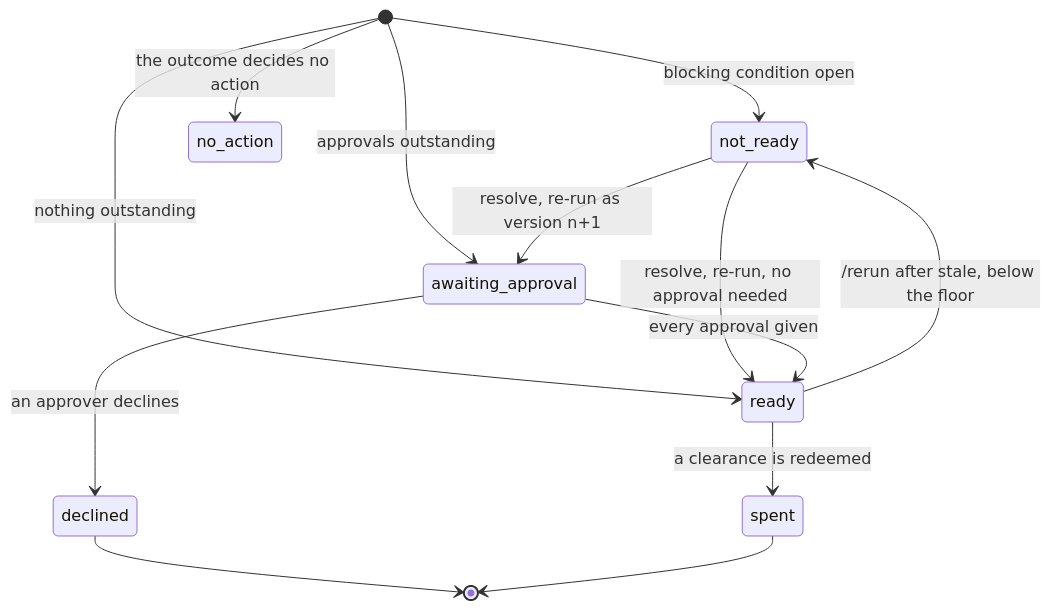
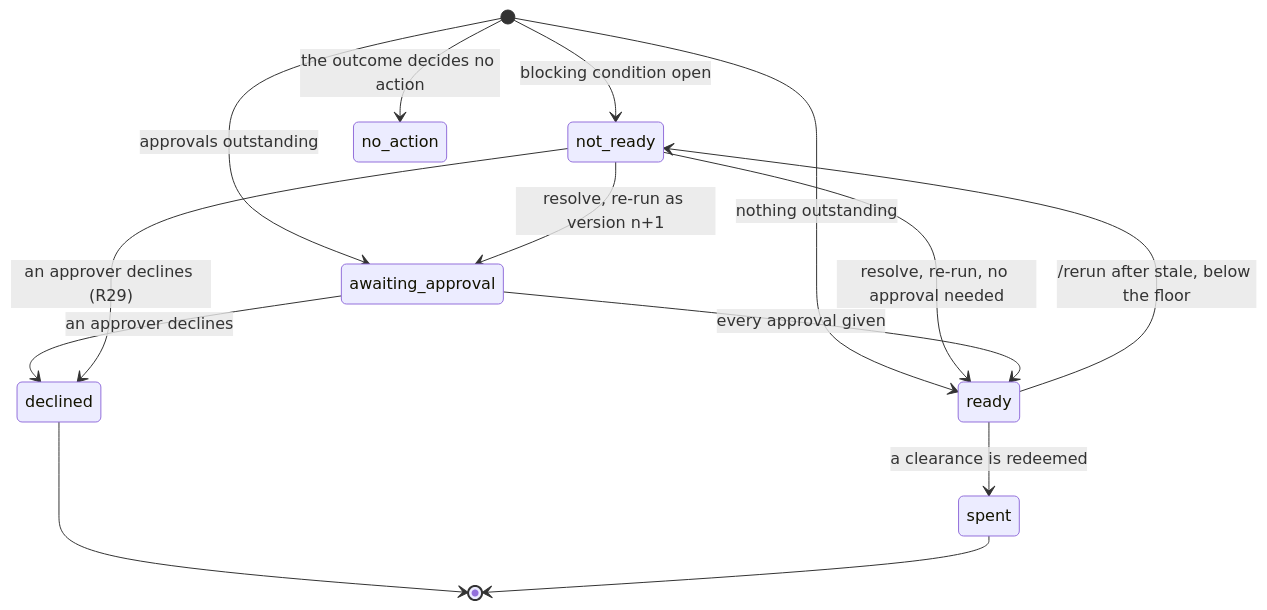
The third of 10 diagrams in docs/superpowers/specs/2026-10-10-owm-service-design.md (kloudtaxi/shiny-waffle), drawn with Mermaid before and after one commit. The commit also changed other lines of this file, not shown here.

````diff
--- a/docs/superpowers/specs/2026-10-10-owm-service-design.md
+++ b/docs/superpowers/specs/2026-10-10-owm-service-design.md
@@ -241,15 +257,16 @@
 ```mermaid
 stateDiagram-v2
   [*] --> not_ready: blocking condition open
   [*] --> awaiting_approval: approvals outstanding
   [*] --> ready: nothing outstanding
   [*] --> no_action: the outcome decides no action
   not_ready --> awaiting_approval: resolve, re-run as version n+1
   not_ready --> ready: resolve, re-run, no approval needed
   awaiting_approval --> ready: every approval given
   awaiting_approval --> declined: an approver declines
+  not_ready --> declined: an approver declines (R29)
   ready --> spent: a clearance is redeemed
   ready --> not_ready: /rerun after stale, below the floor
   declined --> [*]
   spent --> [*]
 ```
````
